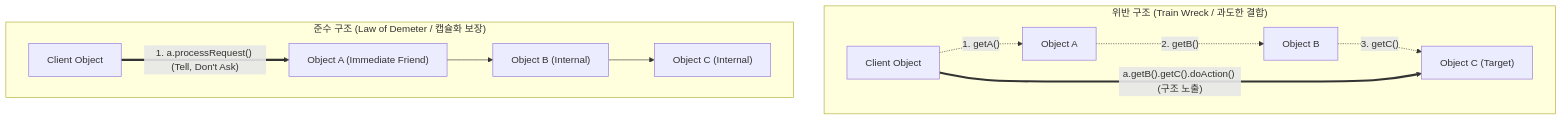
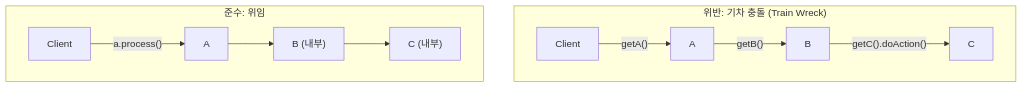
Before and after one commit to supremethumb/supremethumb.github.io: the diagram in content/01_IT Tech/데메테르의 법칙.md, drawn with Mermaid. The commit also changed other lines of this file and 1087 other files, not shown here.

````diff
--- a/content/01_IT Tech/데메테르의 법칙.md
+++ b/content/01_IT Tech/데메테르의 법칙.md
@@ -25,27 +35,15 @@
 ```mermaid
 flowchart TB
-    subgraph BAD["위반 구조 (Train Wreck / 과도한 결합)"]
+    subgraph BAD ["위반: 기차 충돌 (Train Wreck)"]
         direction LR
-        Client1["Client Object"]
-        A1["Object A"]
-        B1["Object B"]
-        C1["Object C (Target)"]
-        
-        Client1 -. "1. getA()" .-> A1
-        A1 -. "2. getB()" .-> B1
-        B1 -. "3. getC()" .-> C1
-        Client1 == "a.getB().getC().doAction() (구조 노출)" ==> C1
+        C1["Client"] -- "getA()" --> A1["A"]
+        A1 -- "getB()" --> B1["B"]
+        B1 -- "getC().doAction()" --> T1["C"]
     end
-
-    subgraph GOOD["준수 구조 (Law of Demeter / 캡슐화 보장)"]
+    subgraph GOOD ["준수: 위임"]
         direction LR
-        Client2["Client Object"]
-        A2["Object A (Immediate Friend)"]
-        B2["Object B (Internal)"]
-        C2["Object C (Internal)"]
-        
-        Client2 == "1. a.processRequest() (Tell, Don't Ask)" ==> A2
-        A2 --> B2
-        B2 --> C2
+        C2["Client"] -- "a.process()" --> A2["A"]
+        A2 --> B2["B (내부)"]
+        B2 --> T2["C (내부)"]
     end
 ```
````
